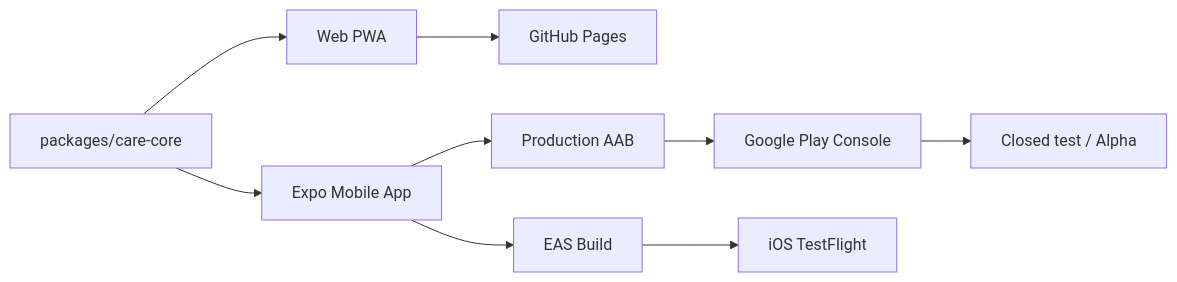
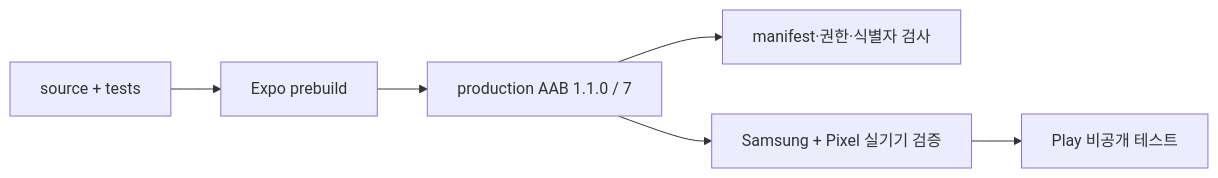
The diagram in docs/mobile-delivery.md (sinmb79/careguardian-ai), drawn with Mermaid before and after one commit. The commit also changed other lines of this file and 21 other files, not shown here.

Commit message:
docs: 생활후견 비공개 테스트 문서와 스토어 자산 갱신

````diff
--- a/docs/mobile-delivery.md
+++ b/docs/mobile-delivery.md
@@ -26,11 +16,8 @@
 ```mermaid
 flowchart LR
-  Core["packages/care-core"] --> Web["Web PWA"]
-  Core --> Mobile["Expo Mobile App"]
-  Web --> Pages["GitHub Pages"]
-  Mobile --> AAB["Production AAB"]
-  AAB --> PlayConsole["Google Play Console"]
-  PlayConsole --> ClosedTest["Closed test / Alpha"]
-  Mobile --> EAS["EAS Build"]
-  EAS --> IOS["iOS TestFlight"]
+  Source["source + tests"] --> Prebuild["Expo prebuild"]
+  Prebuild --> AAB["production AAB 1.1.0 / 7"]
+  AAB --> Static["manifest·권한·식별자 검사"]
+  AAB --> Device["Samsung + Pixel 실기기 검증"]
+  Device --> Play["Play 비공개 테스트"]
 ```
````
